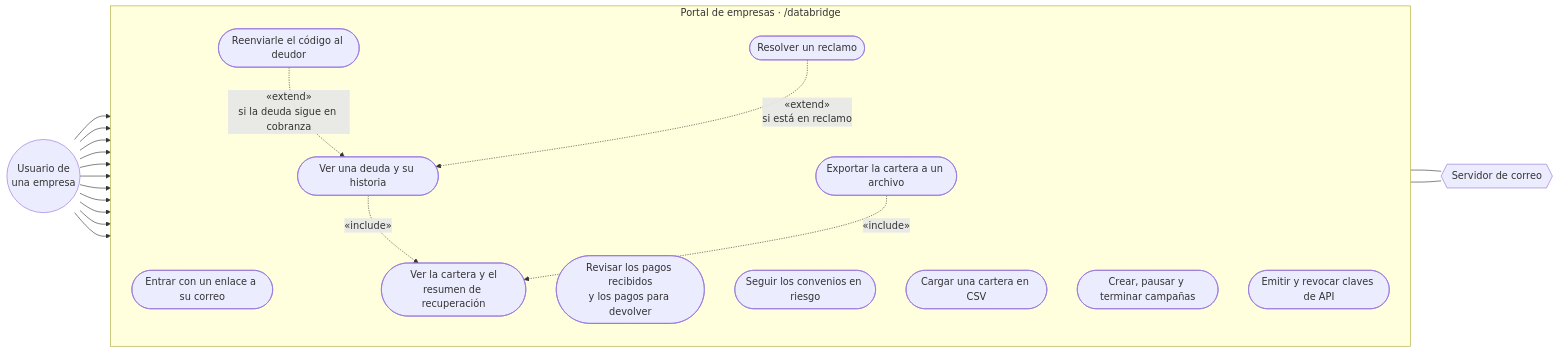
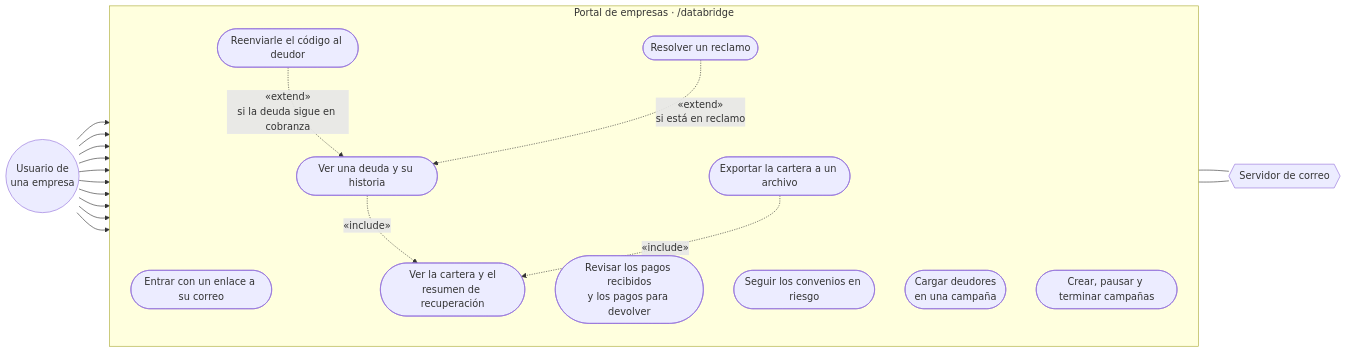
One commit to TechnicalBridge/DataBridge changed the third of 6 diagrams in docs/diagramas/casos-de-uso.md. Above: the diagram before and after it, drawn with Mermaid. The commit also changed other lines of this file and 25 other files, not shown here.

First line of the commit message:
feat(portal, ms-debt): Sin claves de API: los deudores entran solo por campaña

````diff
--- a/docs/diagramas/casos-de-uso.md
+++ b/docs/diagramas/casos-de-uso.md
@@ -145,27 +144,26 @@
 ```mermaid
 flowchart LR
     USU(("Usuario de<br/>una empresa"))
     subgraph DBE["Portal de empresas · /databridge"]
         direction TB
         E1(["Entrar con un enlace a su correo"])
         E2(["Ver la cartera y el<br/>resumen de recuperación"])
         E3(["Ver una deuda y su historia"])
         E4(["Reenviarle el código al deudor"])
         E5(["Resolver un reclamo"])
         E6(["Revisar los pagos recibidos<br/>y los pagos para devolver"])
         E7(["Seguir los convenios en riesgo"])
-        E8(["Cargar una cartera en CSV"])
+        E8(["Cargar deudores<br/>en una campaña"])
         E9(["Crear, pausar y terminar campañas"])
-        E10(["Emitir y revocar claves de API"])
         E11(["Exportar la cartera a un archivo"])
     end
     COR{{"Servidor de correo"}}
 
-    USU --> E1 & E2 & E3 & E4 & E5 & E6 & E7 & E8 & E9 & E10 & E11
+    USU --> E1 & E2 & E3 & E4 & E5 & E6 & E7 & E8 & E9 & E11
     E3 -. "«include»" .-> E2
     E4 -. "«extend»<br/>si la deuda sigue en cobranza" .-> E3
     E5 -. "«extend»<br/>si está en reclamo" .-> E3
     E11 -. "«include»" .-> E2
     E1 --- COR
     E4 --- COR
 ```
````
